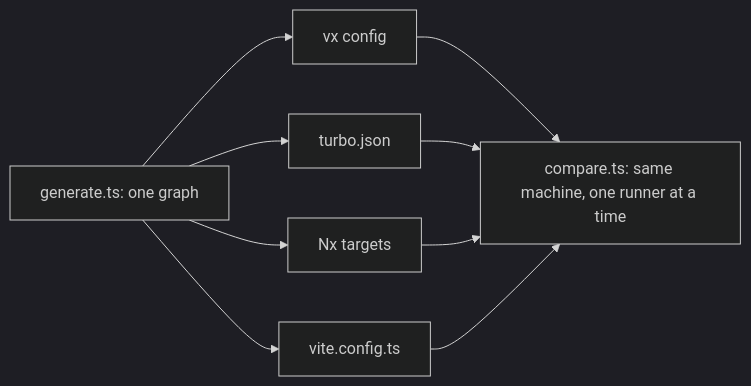
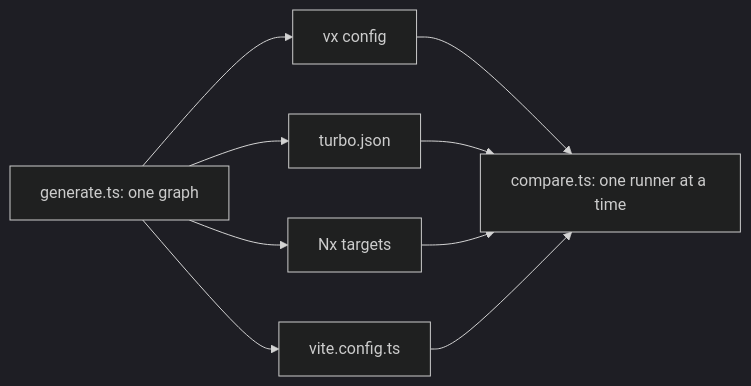
One commit to vznjs/vx changed the diagram in private/vx-docs/src/content/docs/blog/honest-benchmarks.md. Above: the diagram before and after it, drawn with Mermaid (dark theme). The commit also changed other lines of this file and 53 other files, not shown here.

First line of the commit message:
feat(vx-docs): fill every benchmark figure from measured runs (#4873)

````diff
--- a/private/vx-docs/src/content/docs/blog/honest-benchmarks.md
+++ b/private/vx-docs/src/content/docs/blog/honest-benchmarks.md
@@ -40,8 +47,8 @@
 ```mermaid
 flowchart LR
   G[generate.ts: one graph] --> V[vx config]
   G --> T[turbo.json]
   G --> N[Nx targets]
   G --> VT[vite.config.ts]
-  V & T & N & VT --> C[compare.ts: same machine, one runner at a time]
+  V & T & N & VT --> C[compare.ts: one runner at a time]
 ```
````
